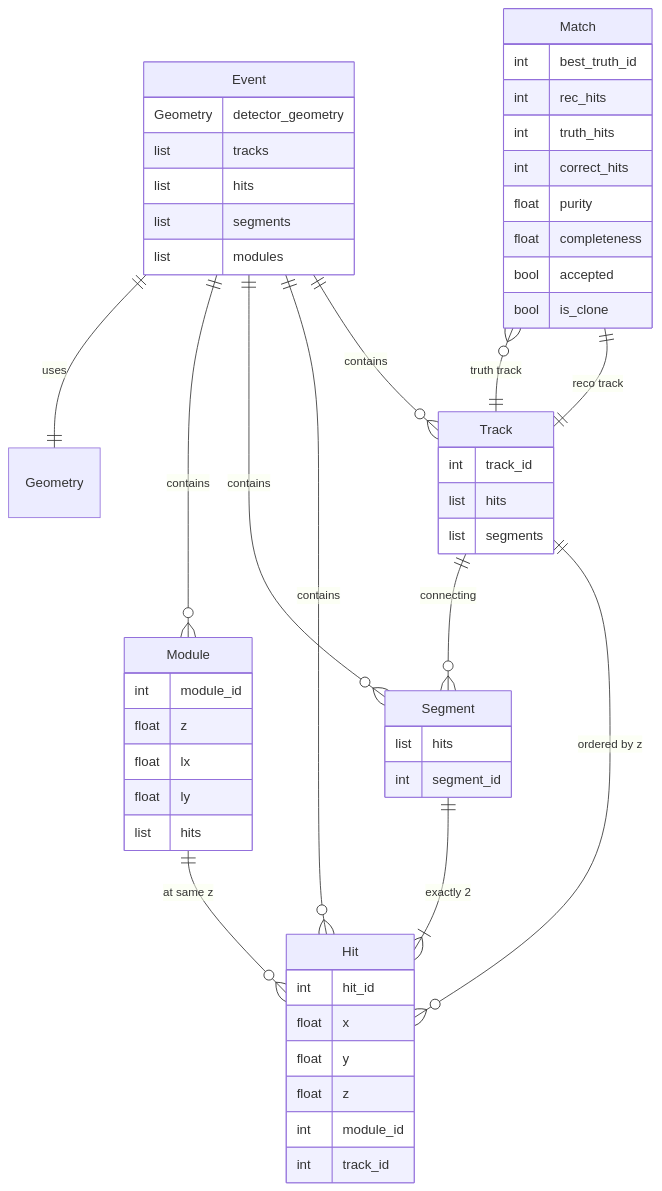
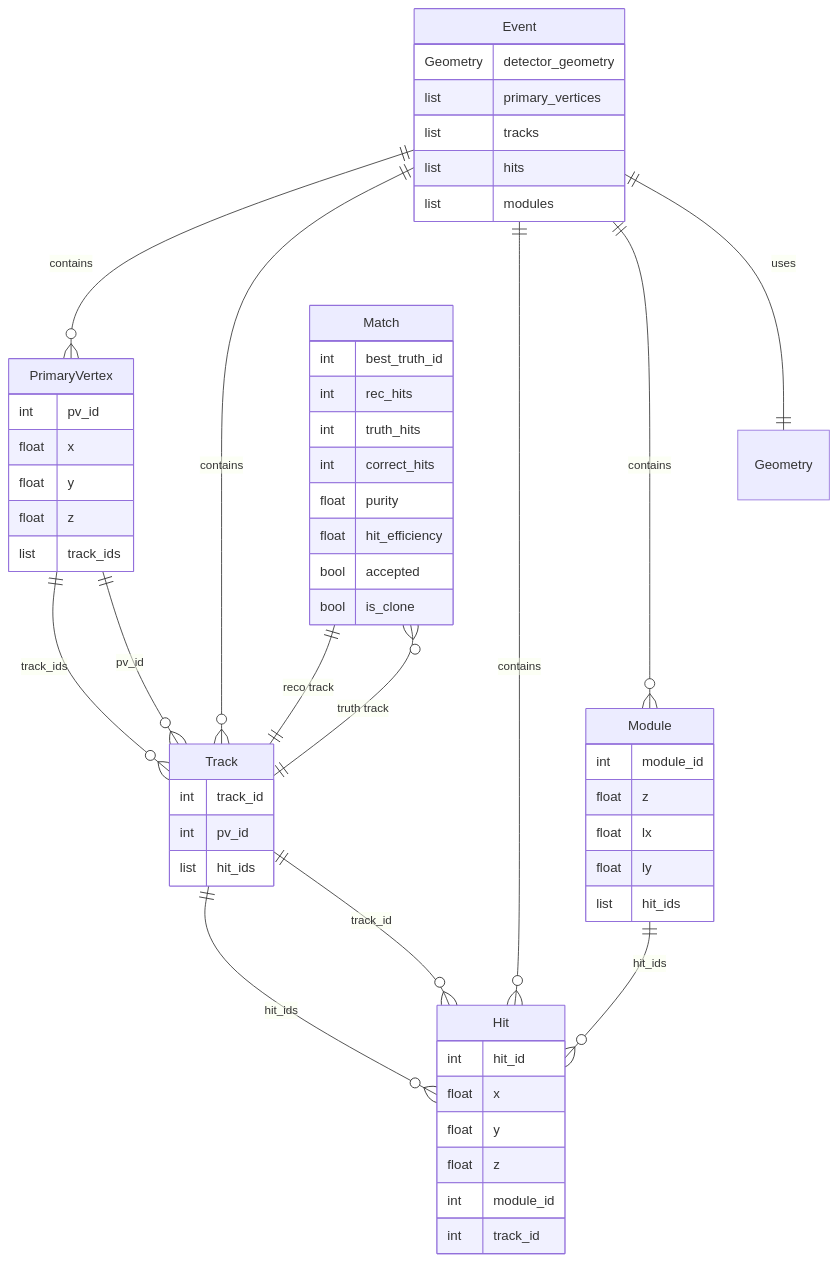
Diagram 13 of 13 in docs/FLOW_DIAGRAMS.md (GeorgeWilliam1999/LHCb_VeLo_Toy_Model), drawn with Mermaid before and after one commit. The commit also changed other lines of this file and 21 other files, not shown here.

````diff
--- a/docs/FLOW_DIAGRAMS.md
+++ b/docs/FLOW_DIAGRAMS.md
@@ -738,65 +782,68 @@
 ```mermaid
 erDiagram
+    Event ||--o{ PrimaryVertex : contains
     Event ||--o{ Track : contains
     Event ||--o{ Hit : contains
-    Event ||--o{ Segment : contains
     Event ||--o{ Module : contains
     Event ||--|| Geometry : uses
     
-    Track ||--o{ Hit : "ordered by z"
-    Track ||--o{ Segment : "connecting"
+    PrimaryVertex ||--o{ Track : "track_ids"
+    Track ||--o{ Hit : "hit_ids"
+    Track }o--|| PrimaryVertex : "pv_id"
+    Hit }o--|| Track : "track_id"
     
-    Segment ||--|{ Hit : "exactly 2"
-    
-    Module ||--o{ Hit : "at same z"
+    Module ||--o{ Hit : "hit_ids"
     
     Match ||--|| Track : "reco track"
     Match }o--|| Track : "truth track"
     
     Event {
         Geometry detector_geometry
+        list primary_vertices
         list tracks
         list hits
-        list segments
         list modules
+    }
+    
+    PrimaryVertex {
+        int pv_id
+        float x
+        float y
+        float z
+        list track_ids
     }
     
     Track {
         int track_id
-        list hits
-        list segments
+        int pv_id
+        list hit_ids
     }
     
     Hit {
         int hit_id
         float x
         float y
         float z
         int module_id
         int track_id
     }
     
-    Segment {
-        list hits
-        int segment_id
-    }
-    
     Module {
         int module_id
         float z
         float lx
         float ly
-        list hits
+        list hit_ids
     }
     
     Match {
         int best_truth_id
         int rec_hits
         int truth_hits
         int correct_hits
         float purity
-        float completeness
+        float hit_efficiency
         bool accepted
         bool is_clone
     }
 ```
````
